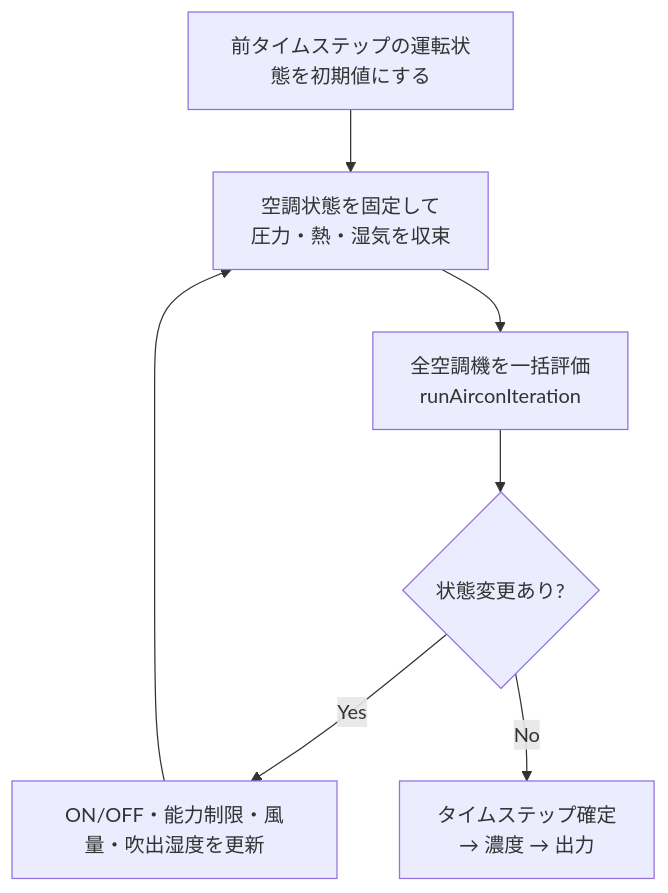
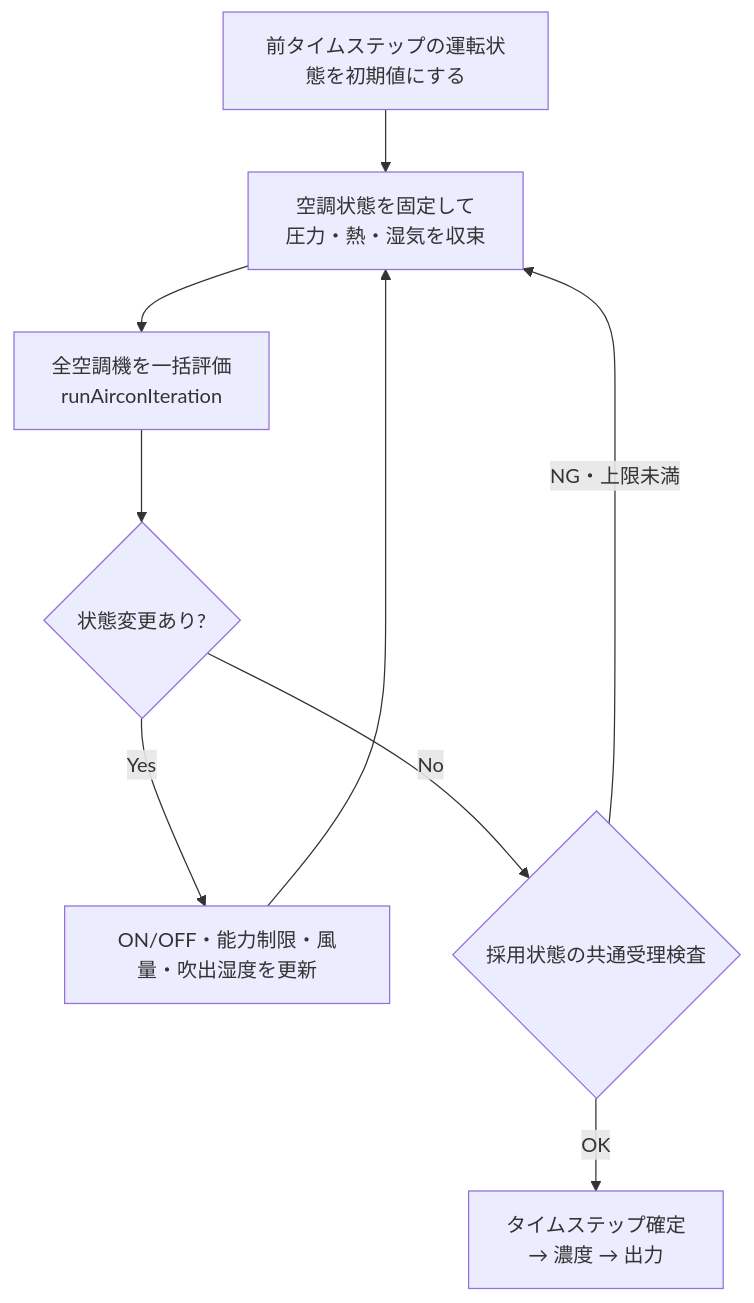
The fourth of 11 diagrams in engine/docs/simulation_loops.md (iguchi-lab/vtsimnx), drawn with Mermaid before and after one commit. The commit also changed other lines of this file and 5 other files, not shown here.

````diff
--- a/engine/docs/simulation_loops.md
+++ b/engine/docs/simulation_loops.md
@@ -88,9 +89,11 @@
 ```mermaid
 flowchart TD
     A["前タイムステップの運転状態を初期値にする"] --> B["空調状態を固定して<br/>圧力・熱・湿気を収束"]
     B --> C["全空調機を一括評価<br/>runAirconIteration"]
     C --> D{"状態変更あり?"}
     D -->|Yes| E["ON/OFF・能力制限・風量・吹出湿度を更新"]
     E --> B
-    D -->|No| F["タイムステップ確定<br/>→ 濃度 → 出力"]
+    D -->|No| V{"採用状態の共通受理検査"}
+    V -->|OK| F["タイムステップ確定<br/>→ 濃度 → 出力"]
+    V -->|NG・上限未満| B
 ```
````
